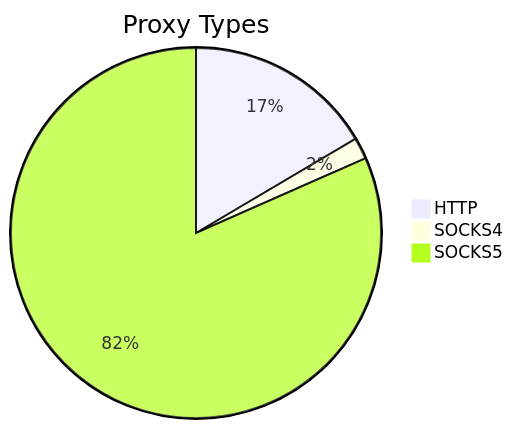
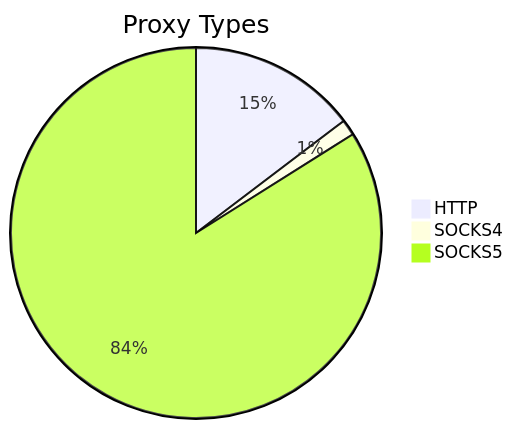
One commit to stormsia/proxy-list changed the first of 2 diagrams in README.md. Above: the diagram before and after it, drawn with Mermaid. The commit also changed other lines of this file, not shown here.

````diff
--- a/README.md
+++ b/README.md
@@ -21,6 +21,6 @@
 ```mermaid
 pie title Proxy Types
-    "HTTP" : 651
-    "SOCKS4" : 74
-    "SOCKS5" : 3218
+    "HTTP" : 465
+    "SOCKS4" : 44
+    "SOCKS5" : 2660
 ```
````
